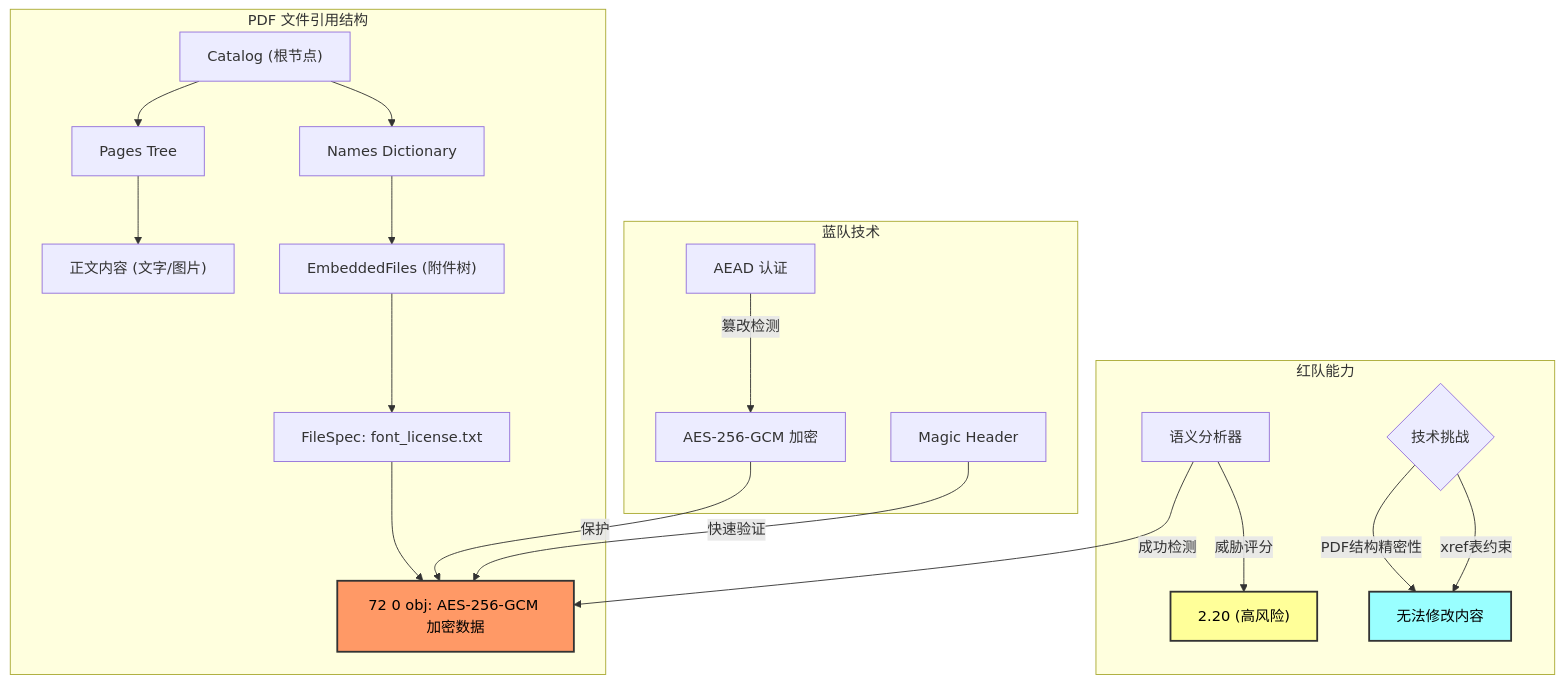
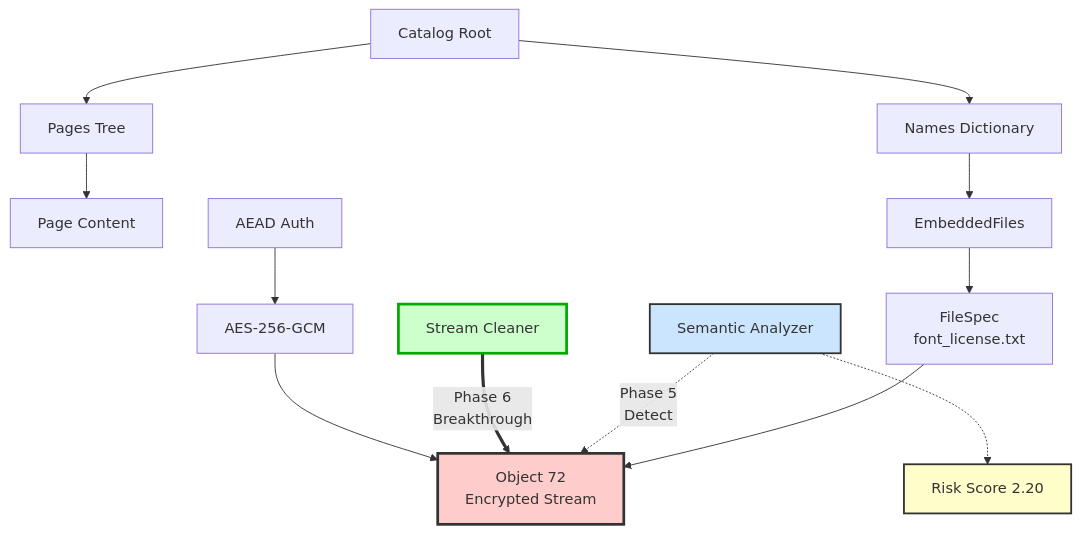
The diagram in docs/TOTAL_REPORTv1.0.md (hrygo/phantom-stream), drawn with Mermaid before and after one commit. The commit also changed other lines of this file and 17 other files, not shown here.

````diff
--- a/docs/TOTAL_REPORTv1.0.md
+++ b/docs/TOTAL_REPORTv1.0.md
@@ -77,32 +84,24 @@
 ```mermaid
-graph TD
-    subgraph PDF_Structure [PDF 文件引用结构]
-        Root["Catalog (根节点)"] --> Pages["Pages Tree"]
-        Root --> Names["Names Dictionary"]
-
-        Pages --> Content["正文内容 (文字/图片)"]
-
-        Names --> Embedded["EmbeddedFiles (附件树)"]
-        Embedded --> FileSpec["FileSpec: font_license.txt"]
-        FileSpec --> Stream["72 0 obj: AES-256-GCM 加密数据"]
-    end
-
-    subgraph Red_Team_Capabilities [红队能力]
-        Semantic["语义分析器"] -->|成功检测| Stream
-        Semantic -->|威胁评分| Score["2.20 (高风险)"]
-
-        Challenge{"技术挑战"}
-        Challenge -->|PDF结构精密性| Limit["无法修改内容"]
-        Challenge -->|xref表约束| Limit
-    end
-
-    subgraph Blue_Team_Technology [蓝队技术]
-        AES["AES-256-GCM 加密"] -->|保护| Stream
-        Auth["AEAD 认证"] -->|篡改检测| AES
-        Magic["Magic Header"] -->|快速验证| Stream
-    end
-
-    style Stream fill:#f96,stroke:#333,stroke-width:2px,color:black
-    style Score fill:#ff9,stroke:#333,stroke-width:2px,color:black
-    style Limit fill:#9ff,stroke:#333,stroke-width:2px,color:black
+graph TB
+    Root["Catalog Root"] --> Pages["Pages Tree"]
+    Root --> Names["Names Dictionary"]
+    
+    Pages --> Content["Page Content"]
+    
+    Names --> Embedded["EmbeddedFiles"]
+    Embedded --> FileSpec["FileSpec<br/>font_license.txt"]
+    FileSpec --> Stream["Object 72<br/>Encrypted Stream"]
+    
+    Semantic["Semantic Analyzer"] -.->|Phase 5<br/>Detect| Stream
+    Semantic -.-> Score["Risk Score 2.20"]
+    
+    StreamCleaner["Stream Cleaner"] ==>|Phase 6<br/>Breakthrough| Stream
+    
+    AES["AES-256-GCM"] --> Stream
+    AEAD["AEAD Auth"] --> AES
+    
+    style Stream fill:#ffcccc,stroke:#333,stroke-width:3px
+    style StreamCleaner fill:#ccffcc,stroke:#0a0,stroke-width:3px
+    style Score fill:#ffffcc,stroke:#333,stroke-width:2px
+    style Semantic fill:#cce5ff,stroke:#333,stroke-width:2px
 ```
````
